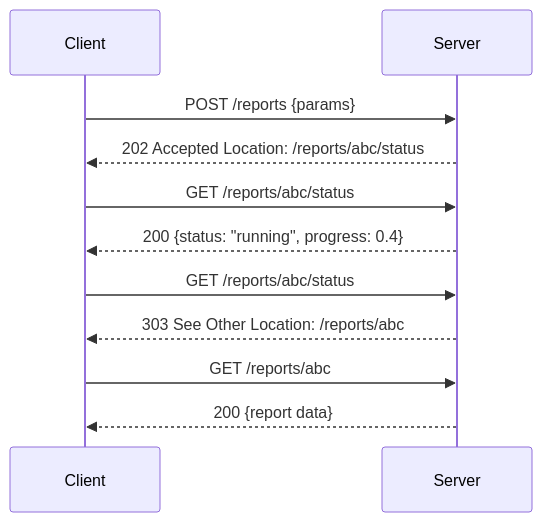
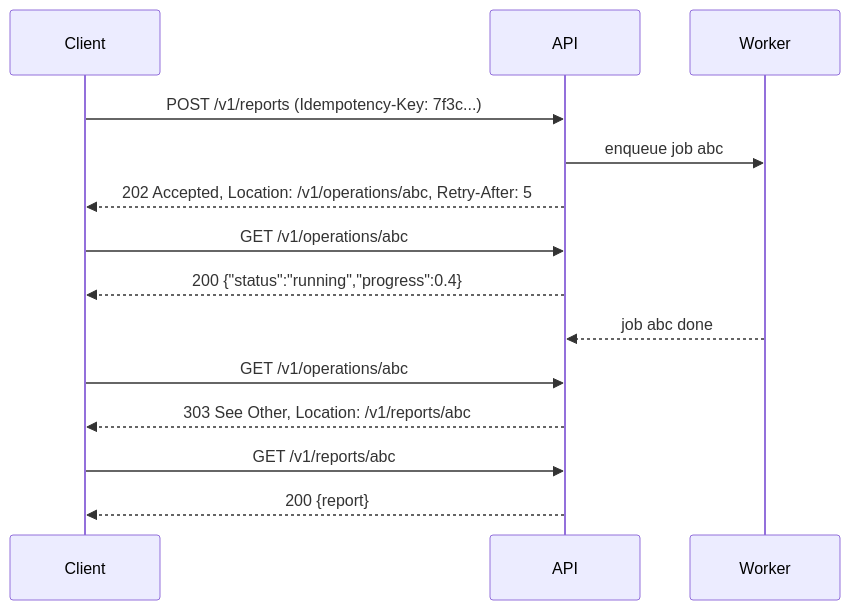
One commit to AndrewAltimit/Documentation changed the seventh of 10 diagrams in github-pages/docs/api-design/async-and-events.md. Above: the diagram before and after it, drawn with Mermaid. The commit also changed other lines of this file and 240 other files, not shown here.

````diff
--- a/github-pages/docs/api-design/async-and-events.md
+++ b/github-pages/docs/api-design/async-and-events.md
@@ -244,13 +332,16 @@
 ```mermaid
 sequenceDiagram
     participant C as Client
-    participant S as Server
-    C->>S: POST /reports {params}
-    S-->>C: 202 Accepted  Location: /reports/abc/status
-    C->>S: GET /reports/abc/status
-    S-->>C: 200 {status: "running", progress: 0.4}
-    C->>S: GET /reports/abc/status
-    S-->>C: 303 See Other  Location: /reports/abc
-    C->>S: GET /reports/abc
-    S-->>C: 200 {report data}
+    participant S as API
+    participant W as Worker
+    C->>S: POST /v1/reports (Idempotency-Key: 7f3c...)
+    S->>W: enqueue job abc
+    S-->>C: 202 Accepted, Location: /v1/operations/abc, Retry-After: 5
+    C->>S: GET /v1/operations/abc
+    S-->>C: 200 {"status":"running","progress":0.4}
+    W-->>S: job abc done
+    C->>S: GET /v1/operations/abc
+    S-->>C: 303 See Other, Location: /v1/reports/abc
+    C->>S: GET /v1/reports/abc
+    S-->>C: 200 {report}
 ```
````
